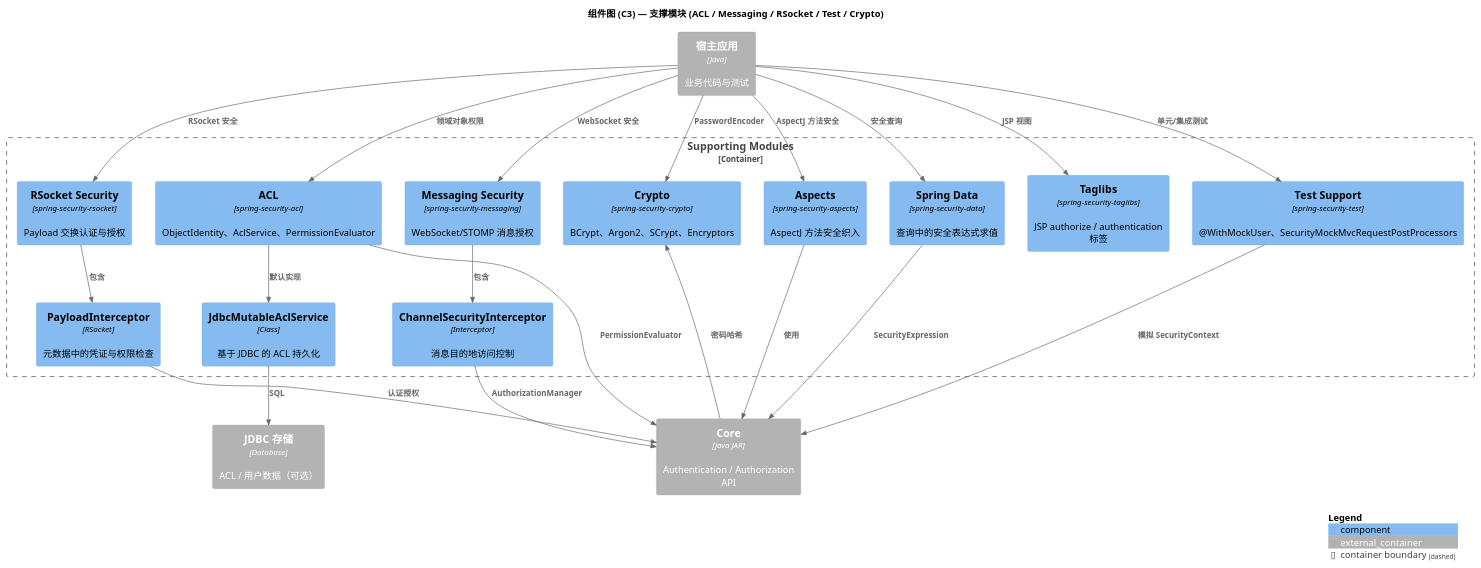
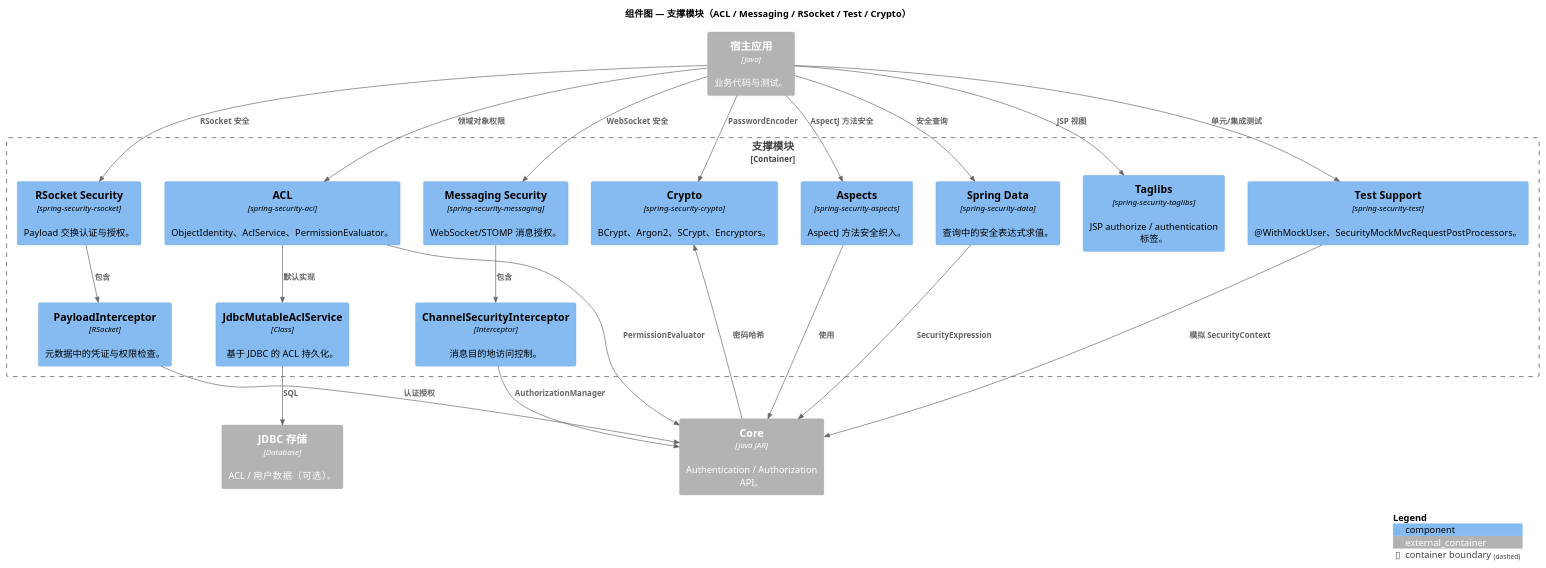
One commit to felixzhu97/community-docs changed the diagram in spring-security/docs/c4-model/C3-Component-Supporting.puml. Above: the diagram before and after it, drawn with PlantUML. The commit also changed 30 other files, not shown here.

First line of the commit message:
docs: use Chinese prose in C4 diagrams (#5)

```diff
--- a/spring-security/docs/c4-model/C3-Component-Supporting.puml
+++ b/spring-security/docs/c4-model/C3-Component-Supporting.puml
@@ -1,47 +1,47 @@
 @startuml SpringSecurity_Component_Supporting
 !include https://raw.githubusercontent.com/plantuml-stdlib/C4-PlantUML/master/C4_Component.puml
 
 LAYOUT_WITH_LEGEND()
 
-title 组件图 (C3) — 支撑模块 (ACL / Messaging / RSocket / Test / Crypto)
+title 组件图 — 支撑模块（ACL / Messaging / RSocket / Test / Crypto）
 
-Container_Ext(core, "Core", "Java JAR", "Authentication / Authorization API")
-Container_Ext(hostApp, "宿主应用", "Java", "业务代码与测试")
-Container_Ext(db, "JDBC 存储", "Database", "ACL / 用户数据（可选）")
+Container_Ext(core, "Core", "Java JAR", "Authentication / Authorization API。")
+Container_Ext(hostApp, "宿主应用", "Java", "业务代码与测试。")
+Container_Ext(db, "JDBC 存储", "Database", "ACL / 用户数据（可选）。")
 
-Container_Boundary(supporting, "Supporting Modules") {
-    Component(cryptoMod, "Crypto", "spring-security-crypto", "BCrypt、Argon2、SCrypt、Encryptors")
-    Component(aclMod, "ACL", "spring-security-acl", "ObjectIdentity、AclService、PermissionEvaluator")
-    Component(jdbcAcl, "JdbcMutableAclService", "Class", "基于 JDBC 的 ACL 持久化")
-    Component(messagingMod, "Messaging Security", "spring-security-messaging", "WebSocket/STOMP 消息授权")
-    Component(channelSec, "ChannelSecurityInterceptor", "Interceptor", "消息目的地访问控制")
-    Component(rsocketMod, "RSocket Security", "spring-security-rsocket", "Payload 交换认证与授权")
-    Component(rsocketInterceptor, "PayloadInterceptor", "RSocket", "元数据中的凭证与权限检查")
-    Component(aspectsMod, "Aspects", "spring-security-aspects", "AspectJ 方法安全织入")
-    Component(dataMod, "Spring Data", "spring-security-data", "查询中的安全表达式求值")
-    Component(taglibsMod, "Taglibs", "spring-security-taglibs", "JSP authorize / authentication 标签")
-    Component(testMod, "Test Support", "spring-security-test", "@WithMockUser、SecurityMockMvcRequestPostProcessors")
+Container_Boundary(supporting, "支撑模块") {
+    Component(cryptoMod, "Crypto", "spring-security-crypto", "BCrypt、Argon2、SCrypt、Encryptors。")
+    Component(aclMod, "ACL", "spring-security-acl", "ObjectIdentity、AclService、PermissionEvaluator。")
+    Component(jdbcAcl, "JdbcMutableAclService", "Class", "基于 JDBC 的 ACL 持久化。")
+    Component(messagingMod, "Messaging Security", "spring-security-messaging", "WebSocket/STOMP 消息授权。")
+    Component(channelSec, "ChannelSecurityInterceptor", "Interceptor", "消息目的地访问控制。")
+    Component(rsocketMod, "RSocket Security", "spring-security-rsocket", "Payload 交换认证与授权。")
+    Component(rsocketInterceptor, "PayloadInterceptor", "RSocket", "元数据中的凭证与权限检查。")
+    Component(aspectsMod, "Aspects", "spring-security-aspects", "AspectJ 方法安全织入。")
+    Component(dataMod, "Spring Data", "spring-security-data", "查询中的安全表达式求值。")
+    Component(taglibsMod, "Taglibs", "spring-security-taglibs", "JSP authorize / authentication 标签。")
+    Component(testMod, "Test Support", "spring-security-test", "@WithMockUser、SecurityMockMvcRequestPostProcessors。")
 }
 
 Rel(hostApp, cryptoMod, "PasswordEncoder")
 Rel(core, cryptoMod, "密码哈希")
 Rel(hostApp, aclMod, "领域对象权限")
 Rel(aclMod, jdbcAcl, "默认实现")
 Rel(jdbcAcl, db, "SQL")
 Rel(aclMod, core, "PermissionEvaluator")
 Rel(hostApp, messagingMod, "WebSocket 安全")
 Rel(messagingMod, channelSec, "包含")
 Rel(channelSec, core, "AuthorizationManager")
 Rel(hostApp, rsocketMod, "RSocket 安全")
 Rel(rsocketMod, rsocketInterceptor, "包含")
 Rel(rsocketInterceptor, core, "认证授权")
 Rel(hostApp, aspectsMod, "AspectJ 方法安全")
 Rel(aspectsMod, core, "使用")
 Rel(hostApp, dataMod, "安全查询")
 Rel(dataMod, core, "SecurityExpression")
 Rel(hostApp, taglibsMod, "JSP 视图")
 Rel(hostApp, testMod, "单元/集成测试")
 Rel(testMod, core, "模拟 SecurityContext")
 
 SHOW_LEGEND()
 @enduml
```
